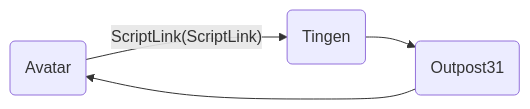
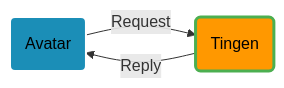
One commit to spectrum-health-systems/tingen-web-service changed the second of 2 diagrams in README.md. Above: the diagram before and after it, drawn with Mermaid. The commit also changed other lines of this file, not shown here.

````diff
--- a/README.md
+++ b/README.md
@@ -52,4 +82,6 @@
 ```mermaid
 flowchart LR
-  Avatar(Avatar) -- ScriptLink(ScriptLink) --> Tingen(Tingen) --> Outpost31(Outpost31) --> Avatar
+Avatar(Avatar) -- Request --> Tingen(Tingen) -- Reply --> Avatar
+style Avatar color:#000000,fill:#1b8eb7,stroke:#FFFFFF,stroke-width:2px
+style Tingen color:#000000,fill:#ff9800,stroke:#4caf50,stroke-width:3px
 ```
````
